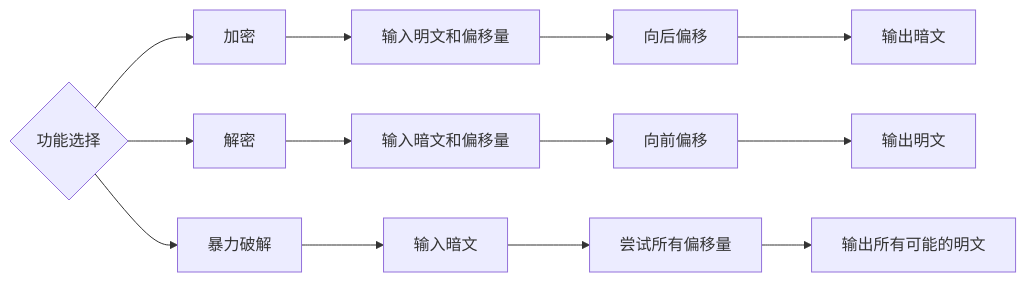
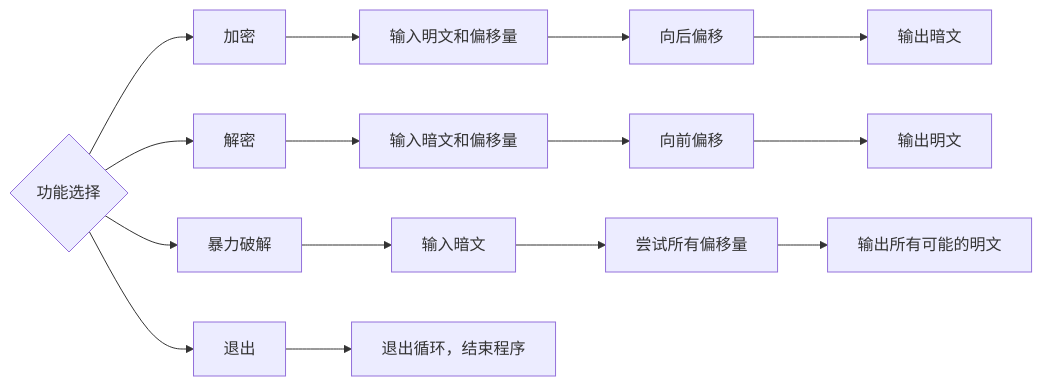
One commit to Python-Programming-2026/project1-caesar-cipher-chy changed the diagram in README.md. Above: the diagram before and after it, drawn with Mermaid. The commit also changed other lines of this file, not shown here.

````diff
--- a/README.md
+++ b/README.md
@@ -26,9 +27,11 @@
 ```mermaid
 flowchart LR
     A{功能选择} --> B[加密]
     A --> C[解密]
     A --> D[暴力破解]
+    A --> N[退出]
     B --> E[输入明文和偏移量] --> F[向后偏移] --> G[输出暗文]
     C --> H[输入暗文和偏移量] --> I[向前偏移] --> J[输出明文]
     D --> K[输入暗文] --> L[尝试所有偏移量] --> M[输出所有可能的明文]
+    N --> O[退出循环，结束程序]
 ```
````
